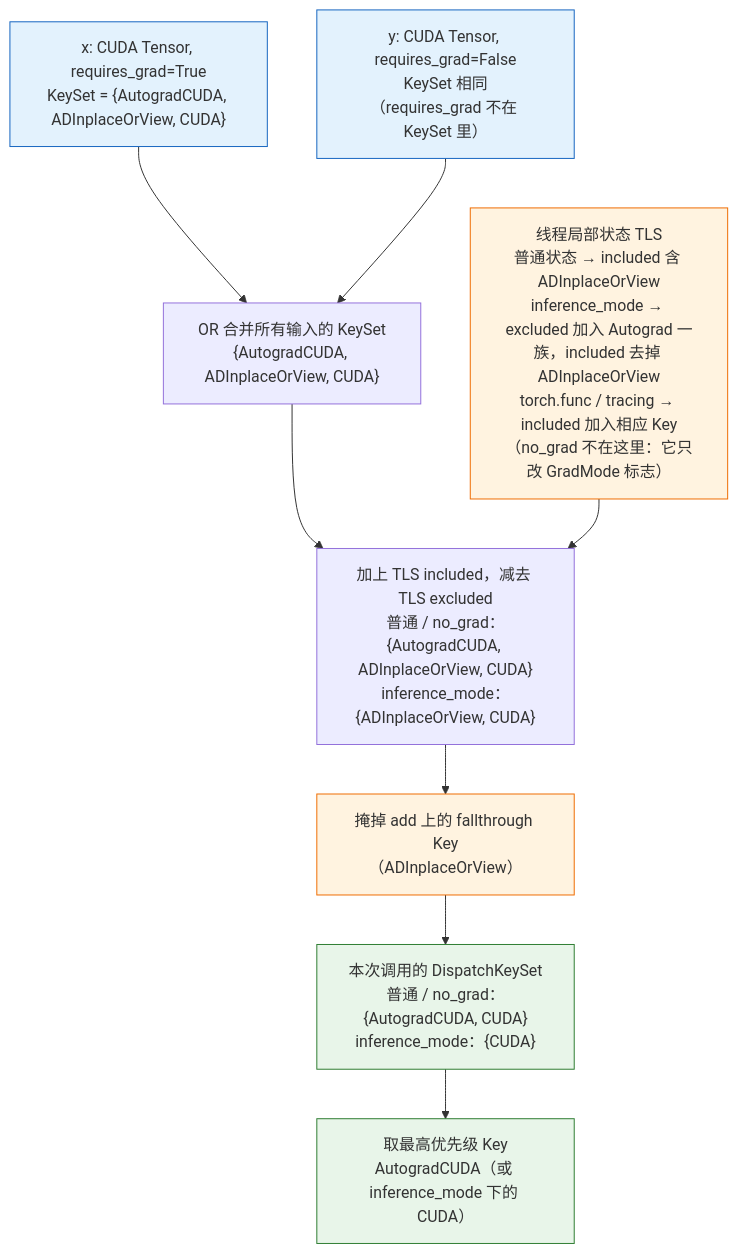
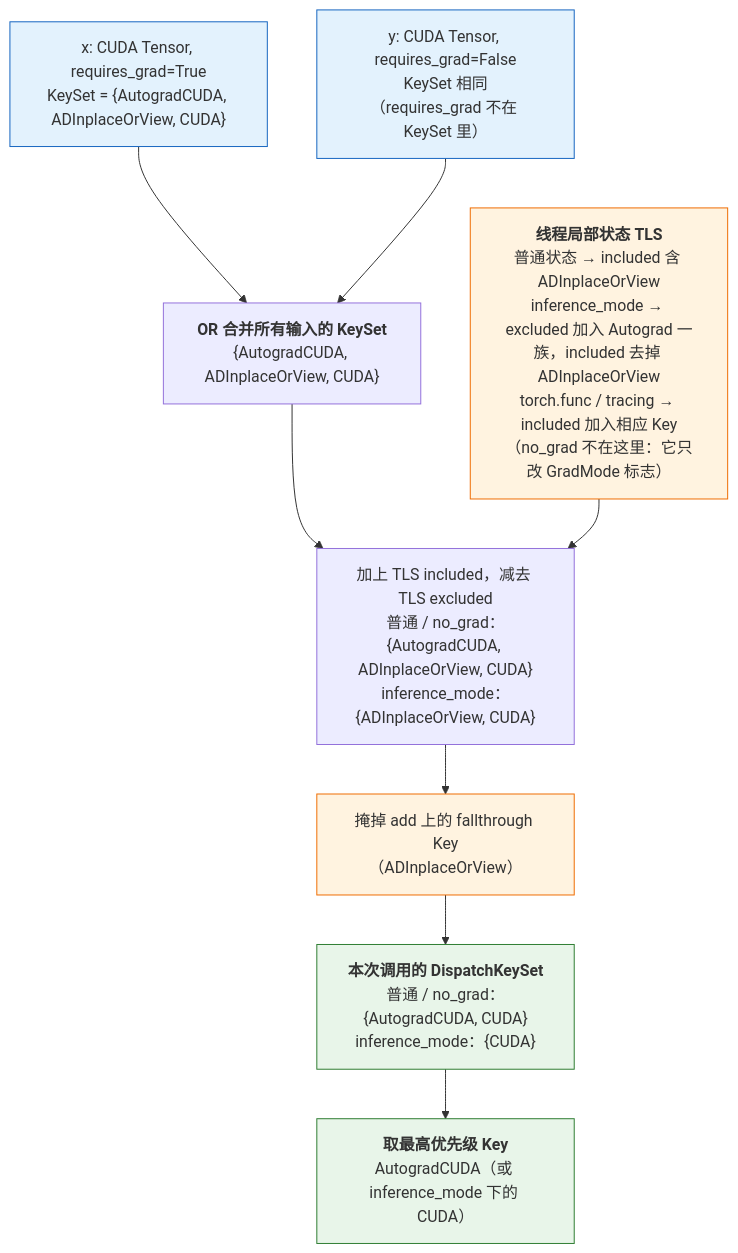
Before and after one commit to arganzheng/arganzheng.github.com: the fifth of 7 diagrams in _posts/2026-02-21-pytorch-dispatcher-and-operator-system.md, drawn with Mermaid. The commit also changed other lines of this file and 10 other files, not shown here.

First line of the commit message:
PyTorch 深度实践：从 Tensor 到深度学习运行时：Mermaid 多行方框的首行标为标题（11 篇）

````diff
--- a/_posts/2026-02-21-pytorch-dispatcher-and-operator-system.md
+++ b/_posts/2026-02-21-pytorch-dispatcher-and-operator-system.md
@@ -525,24 +525,24 @@
 ```mermaid
 %% 图：合并 DispatchKeySet：各输入 KeySet 做 OR，叠加 TLS 的 include、减去 exclude，再掩掉 fallthrough Key
 flowchart TB
     TX["x: CUDA Tensor, requires_grad=True<br/>KeySet = #123;AutogradCUDA, ADInplaceOrView, CUDA#125;"]
     TY["y: CUDA Tensor, requires_grad=False<br/>KeySet 相同（requires_grad 不在 KeySet 里）"]
-    TLS["线程局部状态 TLS<br/>普通状态 → included 含 ADInplaceOrView<br/>inference_mode → excluded 加入 Autograd 一族，included 去掉 ADInplaceOrView<br/>torch.func / tracing → included 加入相应 Key<br/>（no_grad 不在这里：它只改 GradMode 标志）"]
-    OR["OR 合并所有输入的 KeySet<br/>#123;AutogradCUDA, ADInplaceOrView, CUDA#125;"]
+    TLS["<b>线程局部状态 TLS</b><br/>普通状态 → included 含 ADInplaceOrView<br/>inference_mode → excluded 加入 Autograd 一族，included 去掉 ADInplaceOrView<br/>torch.func / tracing → included 加入相应 Key<br/>（no_grad 不在这里：它只改 GradMode 标志）"]
+    OR["<b>OR 合并所有输入的 KeySet</b><br/>#123;AutogradCUDA, ADInplaceOrView, CUDA#125;"]
     MERGE["加上 TLS included，减去 TLS excluded<br/>普通 / no_grad：#123;AutogradCUDA, ADInplaceOrView, CUDA#125;<br/>inference_mode：#123;ADInplaceOrView, CUDA#125;"]
     MASK["掩掉 add 上的 fallthrough Key<br/>（ADInplaceOrView）"]
-    KS["本次调用的 DispatchKeySet<br/>普通 / no_grad：#123;AutogradCUDA, CUDA#125;<br/>inference_mode：#123;CUDA#125;"]
-    TOP["取最高优先级 Key<br/>AutogradCUDA（或 inference_mode 下的 CUDA）"]
+    KS["<b>本次调用的 DispatchKeySet</b><br/>普通 / no_grad：#123;AutogradCUDA, CUDA#125;<br/>inference_mode：#123;CUDA#125;"]
+    TOP["<b>取最高优先级 Key</b><br/>AutogradCUDA（或 inference_mode 下的 CUDA）"]
     TX --> OR
     TY --> OR
     OR --> MERGE
     TLS --> MERGE
     MERGE --> MASK --> KS --> TOP
     classDef input fill:#e3f2fd,stroke:#1565c0;
     classDef ctx fill:#fff3e0,stroke:#ef6c00;
     classDef result fill:#e8f5e9,stroke:#2e7d32;
     class TX,TY input;
     class TLS ctx;
     class KS,TOP result;
     class MASK ctx;
 ```
````
